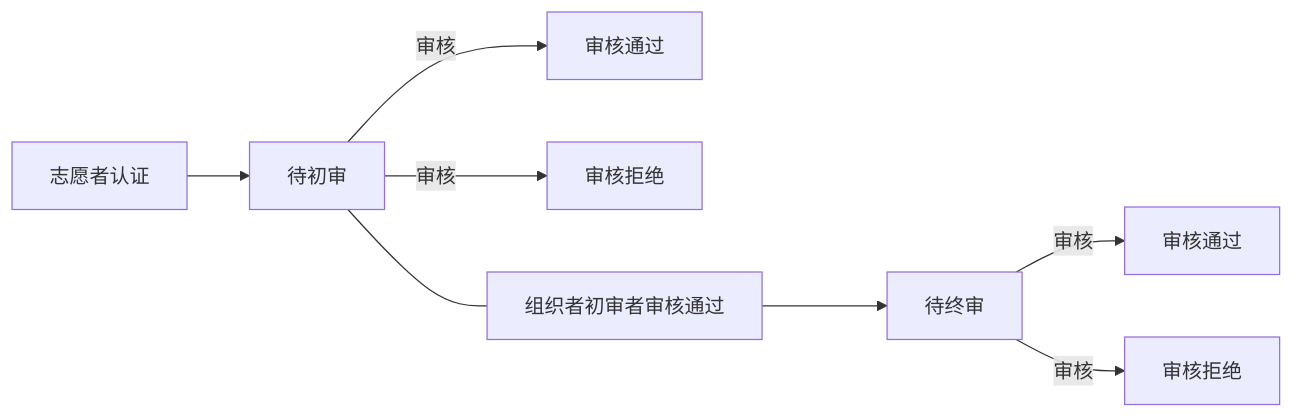
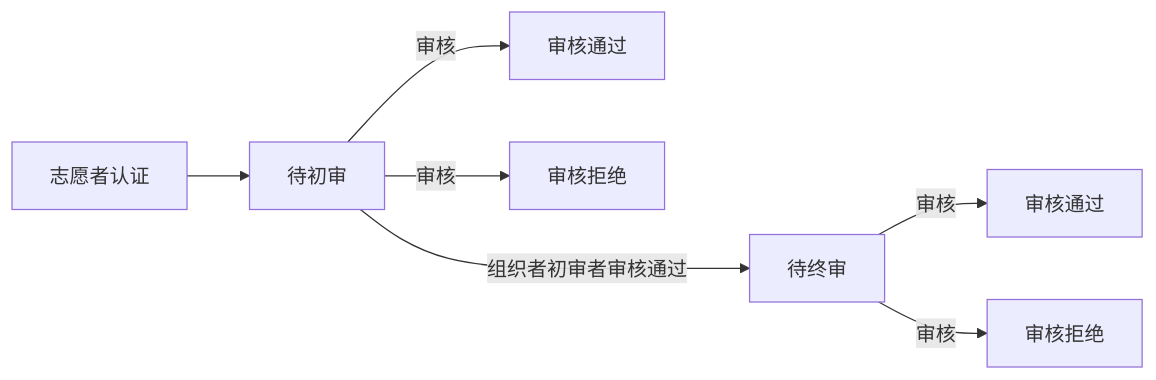
One commit to SaintKayLuk/ZA-user-manual changed the fourth of 10 diagrams in 刑侦反骗码用户后台/刑侦反骗码用户后台-用户手册.md. Above: the diagram before and after it, drawn with Mermaid. The commit also changed other lines of this file and 12 other files, not shown here.

````diff
--- a/刑侦反骗码用户后台/刑侦反骗码用户后台-用户手册.md
+++ b/刑侦反骗码用户后台/刑侦反骗码用户后台-用户手册.md
@@ -408,7 +408,7 @@
 ```mermaid
 graph LR
   1[志愿者认证] --> 2[待初审] --审核--> 3[审核通过]
   2[待初审] --审核--> 4[审核拒绝]
-  2[待初审] ---组织者初审者审核通过---> 5[待终审] --审核--> 6[审核通过]
+  2[待初审] --组织者初审者审核通过---> 5[待终审] --审核--> 6[审核通过]
   5[待终审] --审核--> 7[审核拒绝]
 ```
````
